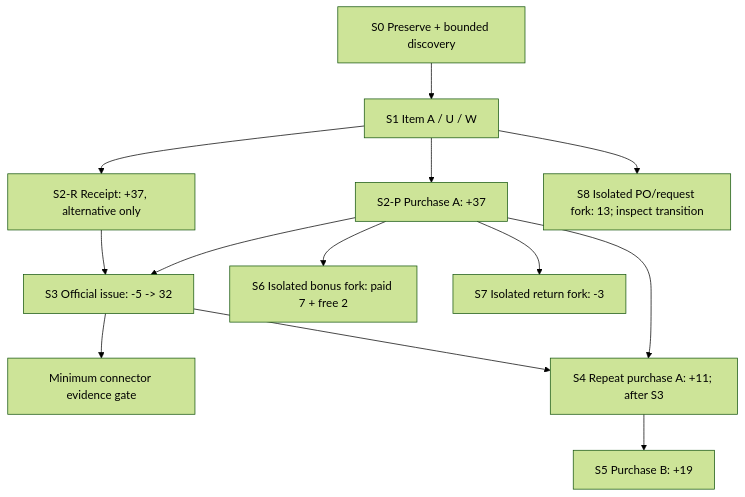
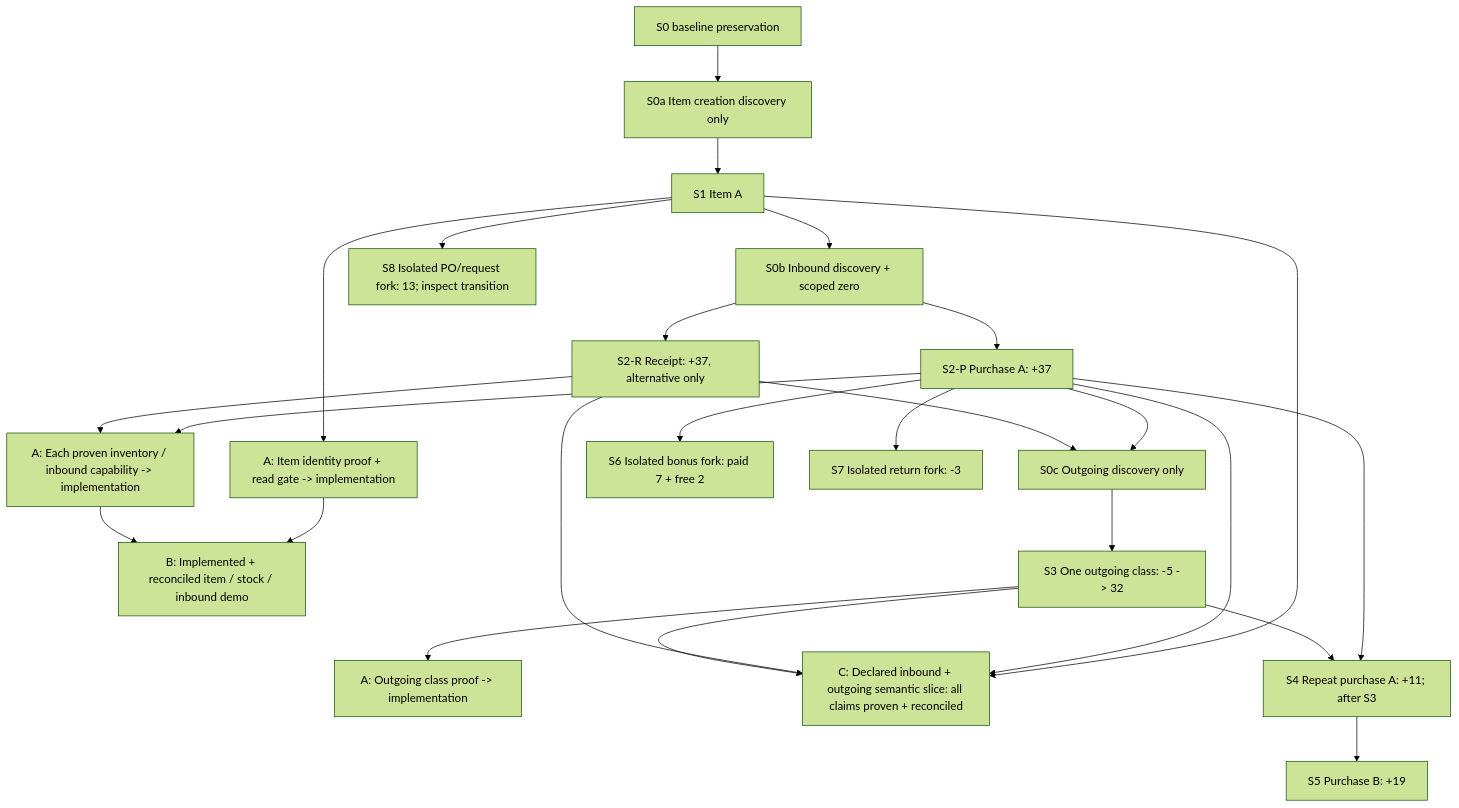
One commit to elias-mujally/dbl-products-memory changed the diagram in products/legacy-intelligence/CONTROLLED_MOTAKAMEL_DATASET_001_PLAN_2026-09-10.md. Above: the diagram before and after it, drawn with Mermaid (forest theme). The commit also changed other lines of this file, not shown here.

Commit message:
docs(legacy-intelligence): separate discovery and capability evidence gates

````diff
--- a/products/legacy-intelligence/CONTROLLED_MOTAKAMEL_DATASET_001_PLAN_2026-09-10.md
+++ b/products/legacy-intelligence/CONTROLLED_MOTAKAMEL_DATASET_001_PLAN_2026-09-10.md
@@ -115,15 +127,27 @@
 ```mermaid
 flowchart TD
-  S0["S0 Preserve + bounded discovery"] --> S1["S1 Item A / U / W"]
-  S1 --> P["S2-P Purchase A: +37"]
-  S1 --> R["S2-R Receipt: +37, alternative only"]
-  P --> S3["S3 Official issue: -5 -> 32"]
-  R --> S3
-  S3 --> G["Minimum connector evidence gate"]
+  BASE["S0 baseline preservation"] --> D0A["S0a Item creation discovery only"]
+  D0A --> S1["S1 Item A"]
+  S1 --> GI["A: Item identity proof + read gate -> implementation"]
+  S1 --> D0B["S0b Inbound discovery + scoped zero"]
+  D0B --> P["S2-P Purchase A: +37"]
+  D0B --> R["S2-R Receipt: +37, alternative only"]
+  P --> GQ["A: Each proven inventory / inbound capability -> implementation"]
+  R --> GQ
+  GI --> DEMO["B: Implemented + reconciled item / stock / inbound demo"]
+  GQ --> DEMO
+  P --> D0C["S0c Outgoing discovery only"]
+  R --> D0C
+  D0C --> S3["S3 One outgoing class: -5 -> 32"]
+  S3 --> GO["A: Outgoing class proof -> implementation"]
+  S1 --> GC["C: Declared inbound + outgoing semantic slice: all claims proven + reconciled"]
+  P --> GC
+  R --> GC
+  S3 --> GC
   P --> S4["S4 Repeat purchase A: +11; after S3"]
   S3 --> S4
   S4 --> S5["S5 Purchase B: +19"]
   P --> S6["S6 Isolated bonus fork: paid 7 + free 2"]
   P --> S7["S7 Isolated return fork: -3"]
   S1 --> S8["S8 Isolated PO/request fork: 13; inspect transition"]
 ```
````
